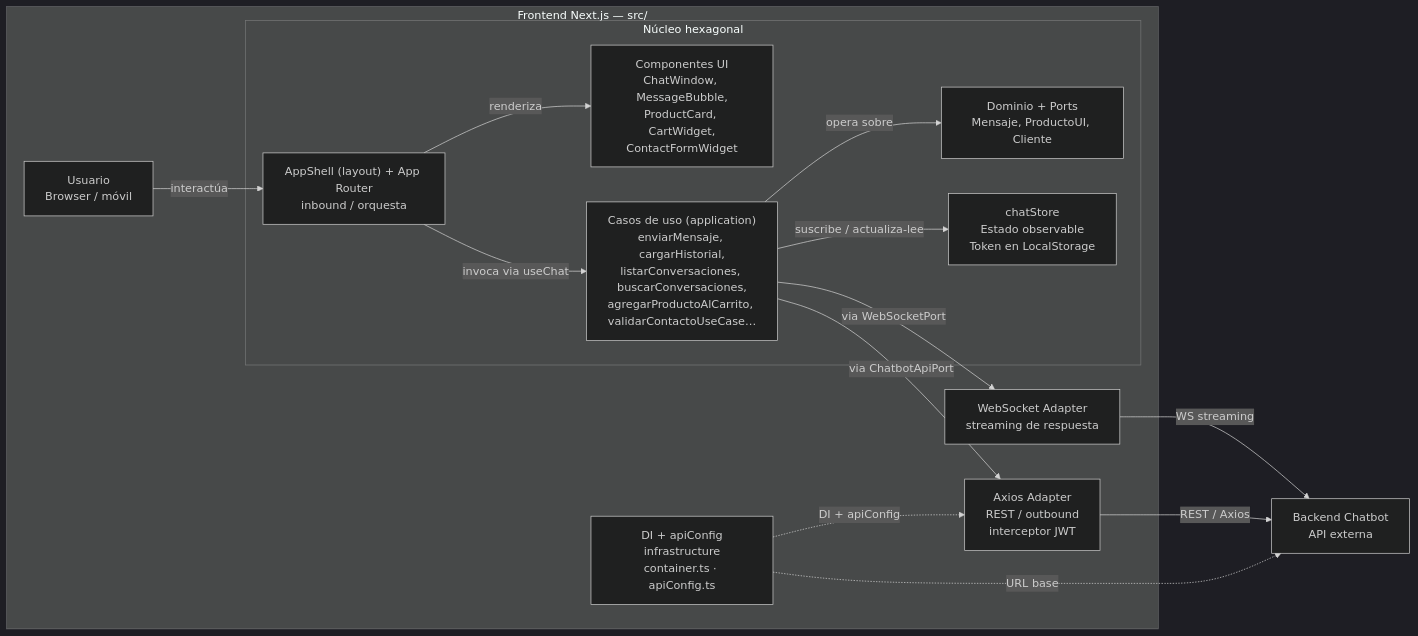
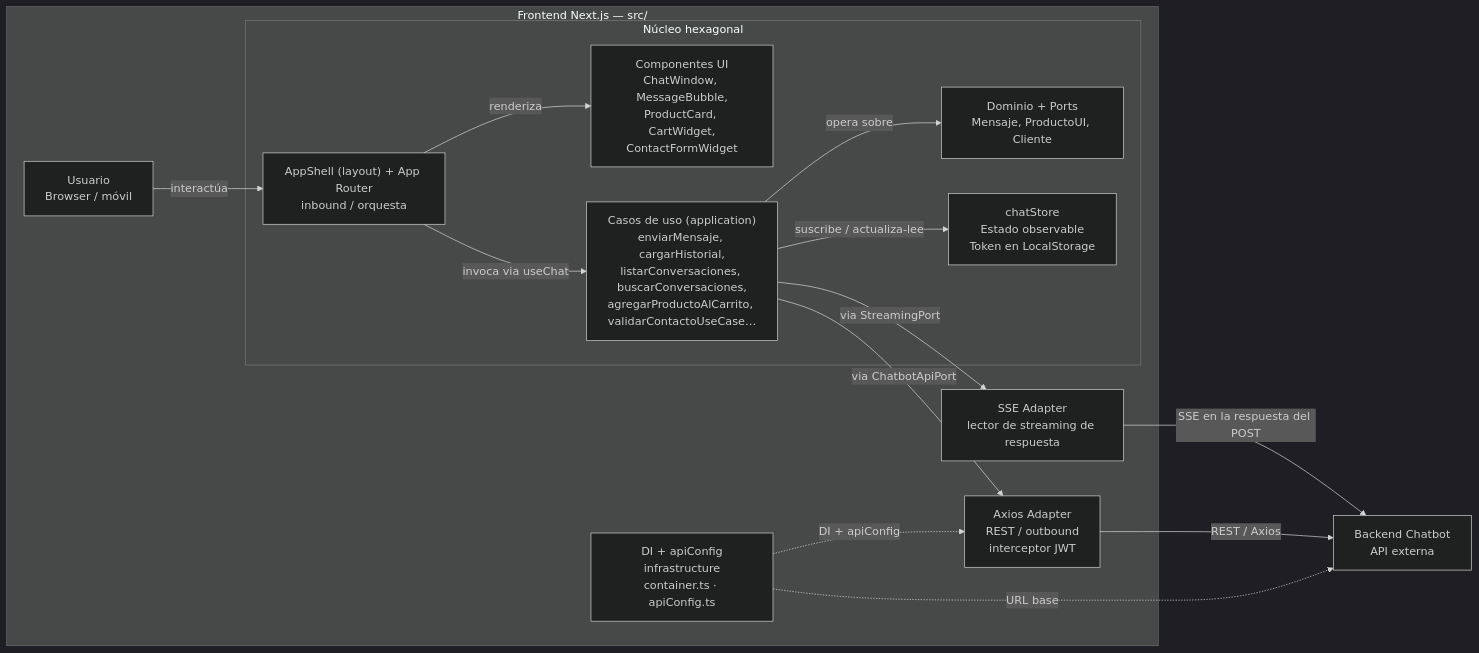
One commit to Taller-SW-Web/G3-Chatbot-specs changed the first of 2 diagrams in README.md. Above: the diagram before and after it, drawn with Mermaid (dark theme). The commit also changed other lines of this file and 23 other files, not shown here.

First line of the commit message:
docs(adr): replace WebSocket streaming with SSE on POST (ADR-0021)

````diff
--- a/README.md
+++ b/README.md
@@ -40,29 +40,29 @@
 ```mermaid
 graph LR
     subgraph FE ["Frontend Next.js — src/"]
         Usuario["Usuario<br>Browser / móvil"]
         subgraph Nucleo ["Núcleo hexagonal"]
             AppShell["AppShell (layout) + App Router<br>inbound / orquesta"]
             UI["Componentes UI<br>ChatWindow, MessageBubble,<br>ProductCard, CartWidget,<br>ContactFormWidget"]
             CU["Casos de uso (application)<br>enviarMensaje, cargarHistorial,<br>listarConversaciones, buscarConversaciones,<br>agregarProductoAlCarrito, validarContactoUseCase…"]
             Dom["Dominio + Ports<br>Mensaje, ProductoUI, Cliente"]
             Store["chatStore<br>Estado observable<br>Token en LocalStorage"]
         end
         Axios["Axios Adapter<br>REST / outbound<br>interceptor JWT"]
-        WS["WebSocket Adapter<br>streaming de respuesta"]
+        WS["SSE Adapter<br>lector de streaming de respuesta"]
         DI["DI + apiConfig<br>infrastructure<br>container.ts · apiConfig.ts"]
     end
     Backend["Backend Chatbot<br>API externa"]
 
     Usuario -->|interactúa| AppShell
     AppShell -->|renderiza| UI
     AppShell -->|invoca via useChat| CU
     CU -->|suscribe / actualiza-lee| Store
     CU -->|opera sobre| Dom
     CU -->|via ChatbotApiPort| Axios
-    CU -->|via WebSocketPort| WS
+    CU -->|via StreamingPort| WS
     DI -.->|DI + apiConfig| Axios
     DI -.->|URL base| Backend
     Axios -->|REST / Axios| Backend
-    WS -->|WS streaming| Backend
+    WS -->|SSE en la respuesta del POST| Backend
 ```
````
